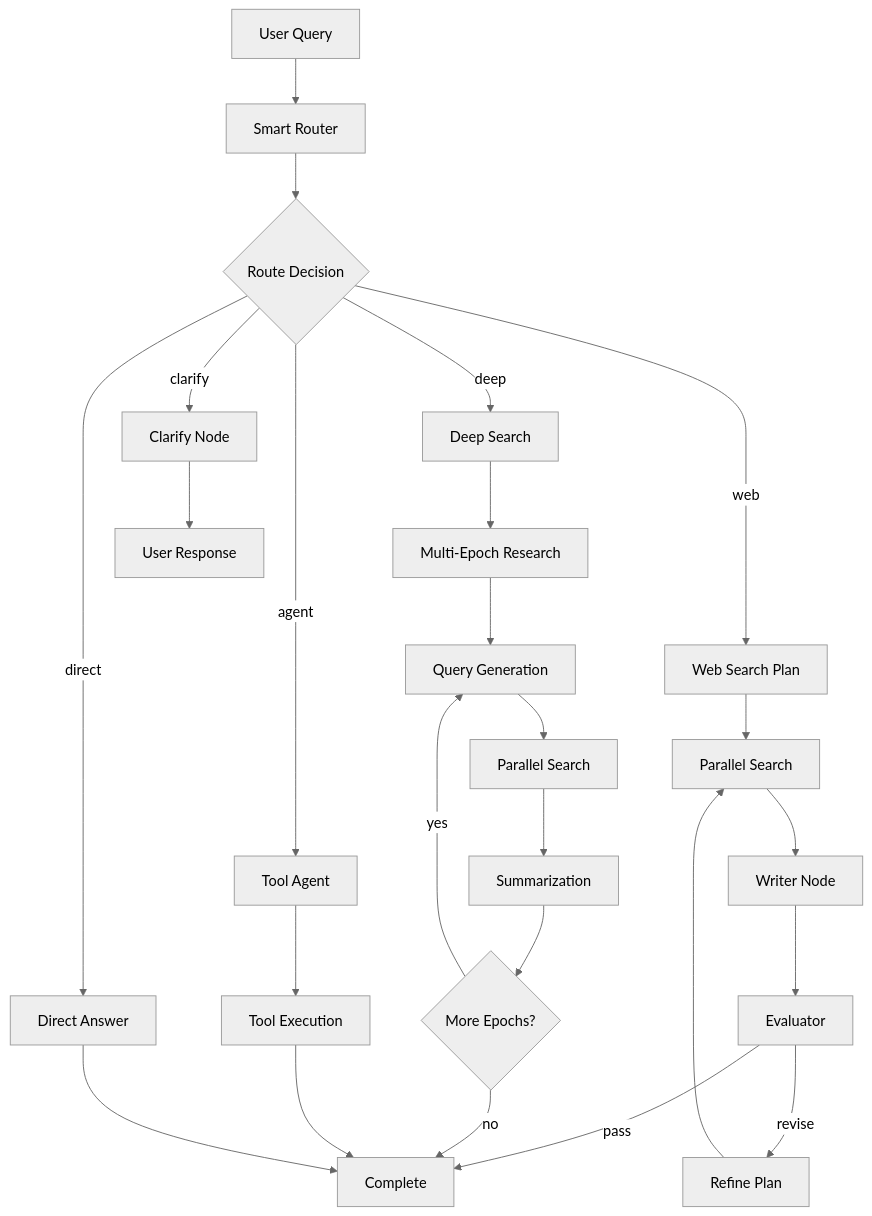
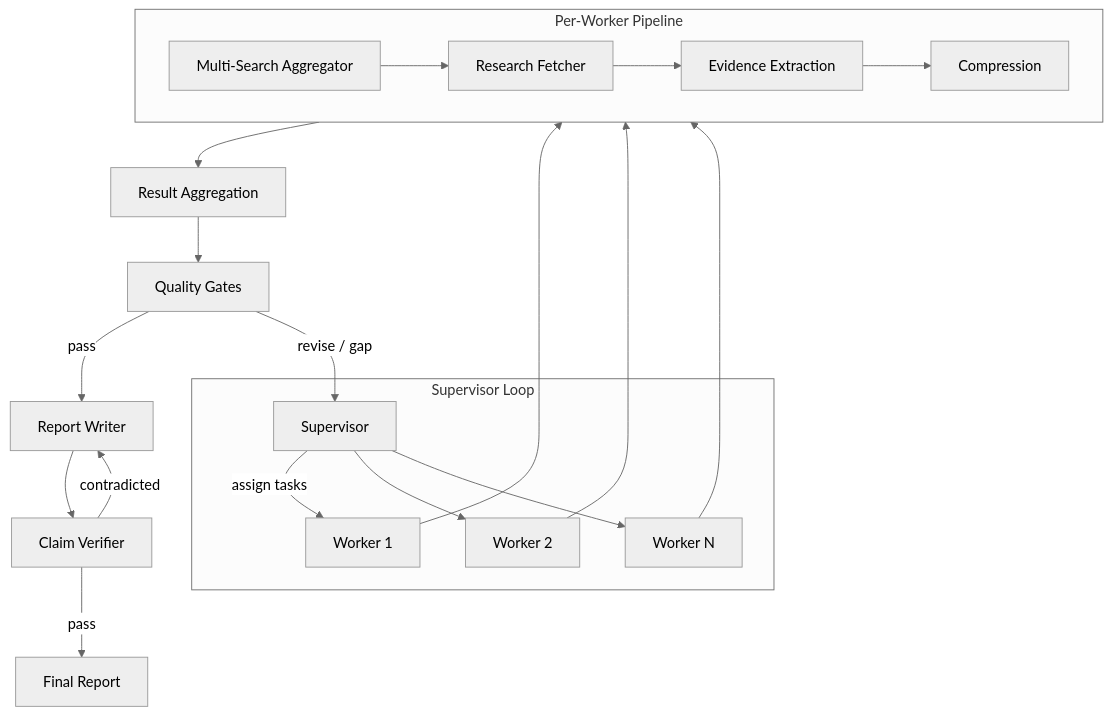
Before and after one commit to LittleSongxx/SoulSearcher: the second of 3 diagrams in docs/README.en.md, drawn with Mermaid (neutral theme). The commit also changed other lines of this file and 2 other files, not shown here.

First line of the commit message:
docs: rewrite all READMEs to reflect real project architecture

````diff
--- a/docs/README.en.md
+++ b/docs/README.en.md
@@ -285,31 +121,23 @@
 ```mermaid
-graph TD
-    A[User Query] --> B[Smart Router]
-    B --> C{Route Decision}
-    C -->|direct| D[Direct Answer]
-    C -->|web| E[Web Search Plan]
-    C -->|agent| F[Tool Agent]
-    C -->|deep| G[Deep Search]
-    C -->|clarify| H[Clarify Node]
+graph TB
+  subgraph Supervisor["Supervisor Loop"]
+    S[Supervisor] -->|assign tasks| W1[Worker 1]
+    S --> W2[Worker 2]
+    S --> W3[Worker N]
+  end
 
-    E --> I[Parallel Search]
-    I --> J[Writer Node]
-    J --> K[Evaluator]
-    K -->|pass| L[Complete]
-    K -->|revise| M[Refine Plan]
-    M --> I
+  subgraph WorkerPipeline["Per-Worker Pipeline"]
+    Search[Multi-Search Aggregator] --> Fetch[Research Fetcher]
+    Fetch --> Evidence[Evidence Extraction]
+    Evidence --> Compress[Compression]
+  end
 
-    G --> N[Multi-Epoch Research]
-    N --> O[Query Generation]
-    O --> P[Parallel Search]
-    P --> Q[Summarization]
-    Q --> R{More Epochs?}
-    R -->|yes| O
-    R -->|no| L
-
-    F --> S[Tool Execution]
-    S --> L
-
-    D --> L
-    H --> T[User Response]
+  W1 & W2 & W3 --> WorkerPipeline
+  WorkerPipeline --> Merge[Result Aggregation]
+  Merge --> QG[Quality Gates]
+  QG -->|pass| Writer[Report Writer]
+  QG -->|revise / gap| S
+  Writer --> CV[Claim Verifier]
+  CV -->|contradicted| Writer
+  CV -->|pass| Done[Final Report]
 ```
````
